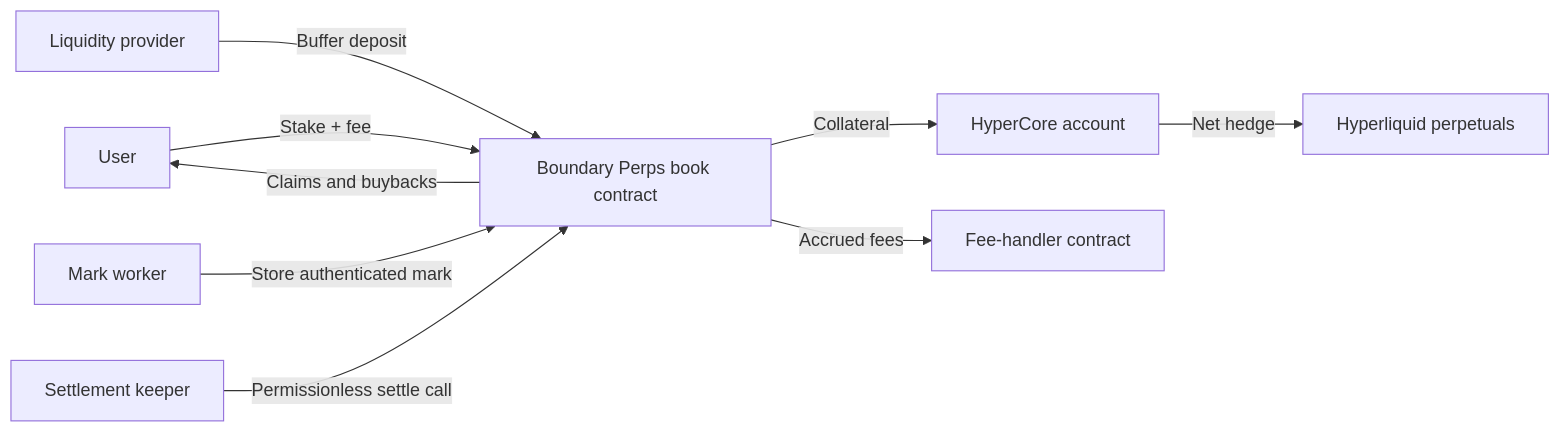
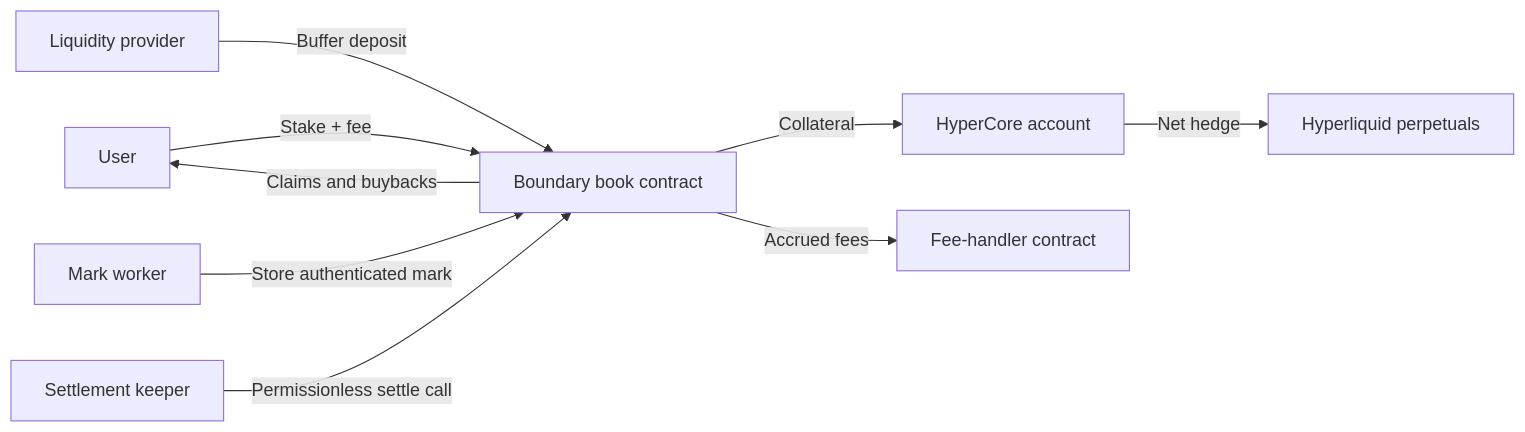
One commit to boundex/docs_bound_exchange changed the diagram in boundary-perps/technical-reference/contract-architecture.md. Above: the diagram before and after it, drawn with Mermaid. The commit also changed other lines of this file and 18 other files, not shown here.

Commit message:
docs: rename Boundary Perps to Boundaries

````diff
--- a/boundary-perps/technical-reference/contract-architecture.md
+++ b/boundary-perps/technical-reference/contract-architecture.md
@@ -7,11 +7,11 @@
 ```mermaid
 flowchart LR
-    U["User"] -->|"Stake + fee"| B["Boundary Perps book contract"]
+    U["User"] -->|"Stake + fee"| B["Boundary book contract"]
     LP["Liquidity provider"] -->|"Buffer deposit"| B
     B -->|"Collateral"| HC["HyperCore account"]
     HC -->|"Net hedge"| HL["Hyperliquid perpetuals"]
     MW["Mark worker"] -->|"Store authenticated mark"| B
     SK["Settlement keeper"] -->|"Permissionless settle call"| B
     B -->|"Accrued fees"| FH["Fee-handler contract"]
     B -->|"Claims and buybacks"| U
 ```
````
